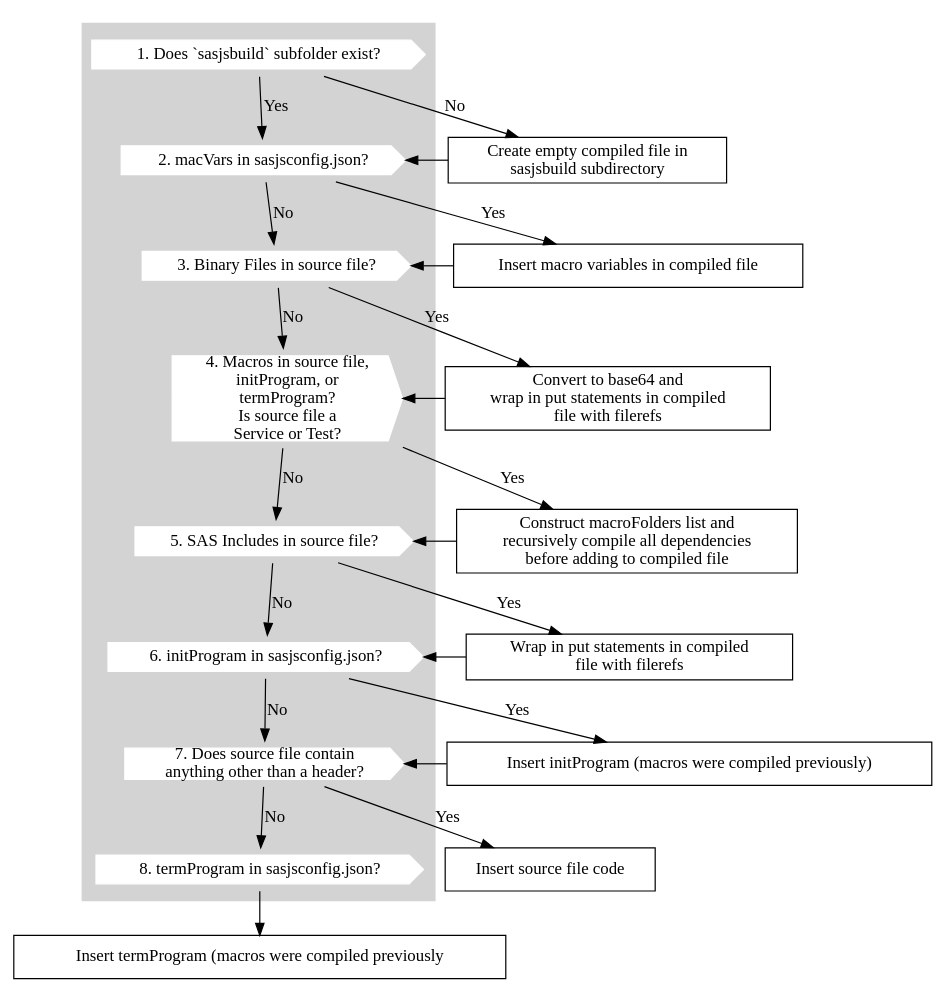
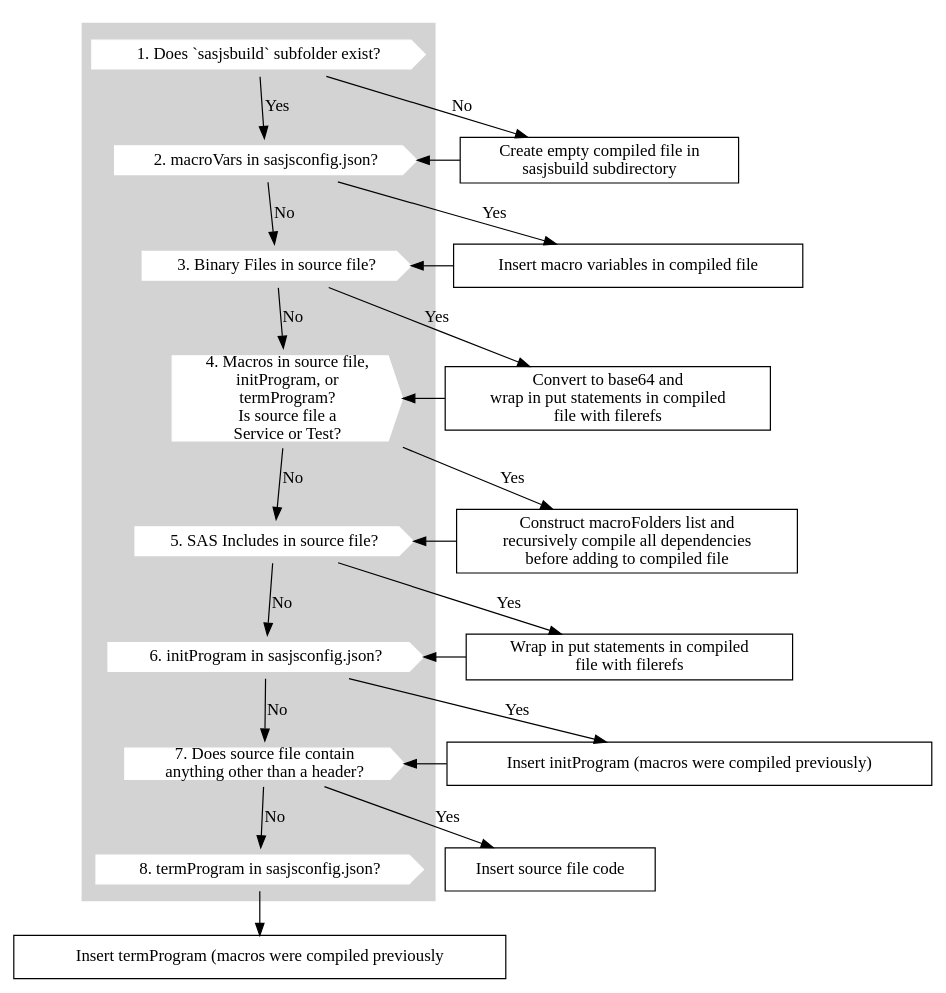
One commit to sasjs/cli.sasjs.io changed the diagram in docs/img/compile.dot. Above: the diagram before and after it, drawn with Graphviz. The commit also changed 3 other files, not shown here.

```diff
--- a/docs/img/compile.dot
+++ b/docs/img/compile.dot
@@ -1,52 +1,52 @@
 digraph G {
   splines="FALSE";
   rankdir="TD"
 
   /* Entities */
   subgraph cluster_0 {
     style="filled";
     color="lightgrey";
     node [style=filled,color=white];
     q1[label="1. Does `sasjsbuild` subfolder exist?", shape=cds];
-    q2[label="2. macVars in sasjsconfig.json?",shape=cds ]
+    q2[label="2. macroVars in sasjsconfig.json?",shape=cds ]
     q3[label="3. Binary Files in source file?",shape=cds ]
     q4[label="4. Macros in source file, \ninitProgram, or \ntermProgram?\nIs source file a \nService or Test?",shape=cds ]
     q5[label="5. SAS Includes in source file?",shape=cds ]
     q6[label="6. initProgram in sasjsconfig.json?",shape=cds ]
     q7[label="7. Does source file contain \nanything other than a header?", shape=cds];
     q8[label="8. termProgram in sasjsconfig.json?",shape=cds ]
   }
 
   a1[label="Create empty compiled file in \nsasjsbuild subdirectory", shape=box];
   a2[label="Insert macro variables in compiled file", shape=box];
   a3[label="Convert to base64 and \nwrap in put statements in compiled\n file with filerefs", shape=box];
   a4[label="Construct macroFolders list and\n recursively compile all dependencies\nbefore adding to compiled file", shape=box];
   a5[label="Wrap in put statements in compiled\n file with filerefs", shape=box];
   a6[label="Insert initProgram (macros were compiled previously)", shape=box];
   a7[label="Insert source file code", shape=box];
   a8[label="Insert termProgram (macros were compiled previously", shape=box];
 
   /* Relationships */
   q1 -> a1 [label="No"];
   q1 -> q2 [label="Yes"];
   a1 -> q2 ;
   q2 -> a2 [label="Yes"];
   q2 -> q3 [label="No"];
   a2 -> q3 ;
   q3 -> a3 [label="Yes"];
   q3 -> q4 [label="No"];
   a3 -> q4 ;
   q4 -> a4 [label="Yes"];
   q4 -> q5 [label="No"];
   a4 -> q5 ;
   q5 -> a5 [label="Yes"];
   q5 -> q6 [label="No"];
   a5 -> q6 ;
   q6 -> q7 [label="No"];
   q6 -> a6 [label="Yes"];
   a6 -> q7
   q7 -> a7 [label="Yes"];
   q7 -> q8 [label="No"];
   q8 -> a8 ;
 
 }
```
